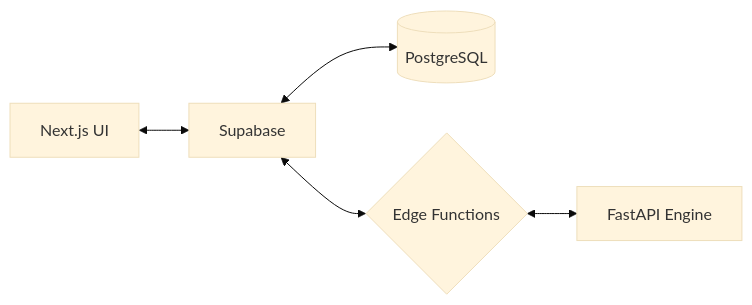
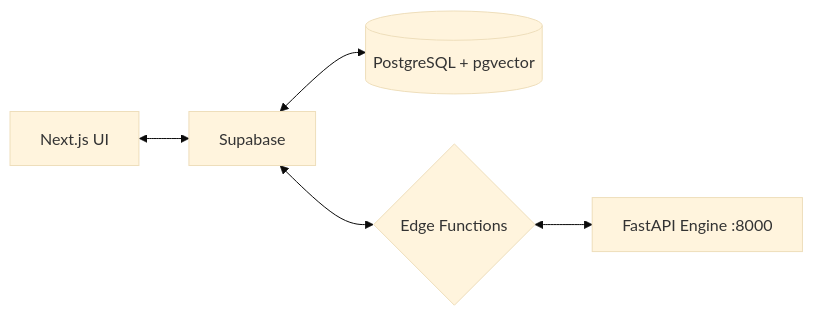
Before and after one commit to kpayakv2/check-products: the diagram in docs/development/architecture.md, drawn with Mermaid (base theme). The commit also changed other lines of this file and 372 other files, not shown here.

Commit message:
feat: refactor backend architecture, implement comprehensive agent documentation, and expand taxonomy-app functionality

````diff
--- a/docs/development/architecture.md
+++ b/docs/development/architecture.md
@@ -12,7 +12,7 @@
 ```mermaid
 graph LR
     UI[Next.js UI] <--> SUPA[Supabase]
-    SUPA <--> DB[(PostgreSQL)]
+    SUPA <--> DB[(PostgreSQL + pgvector)]
     SUPA <--> EDGE{Edge Functions}
-    EDGE <--> AI[FastAPI Engine]
+    EDGE <--> AI[FastAPI Engine :8000]
 ```
````
